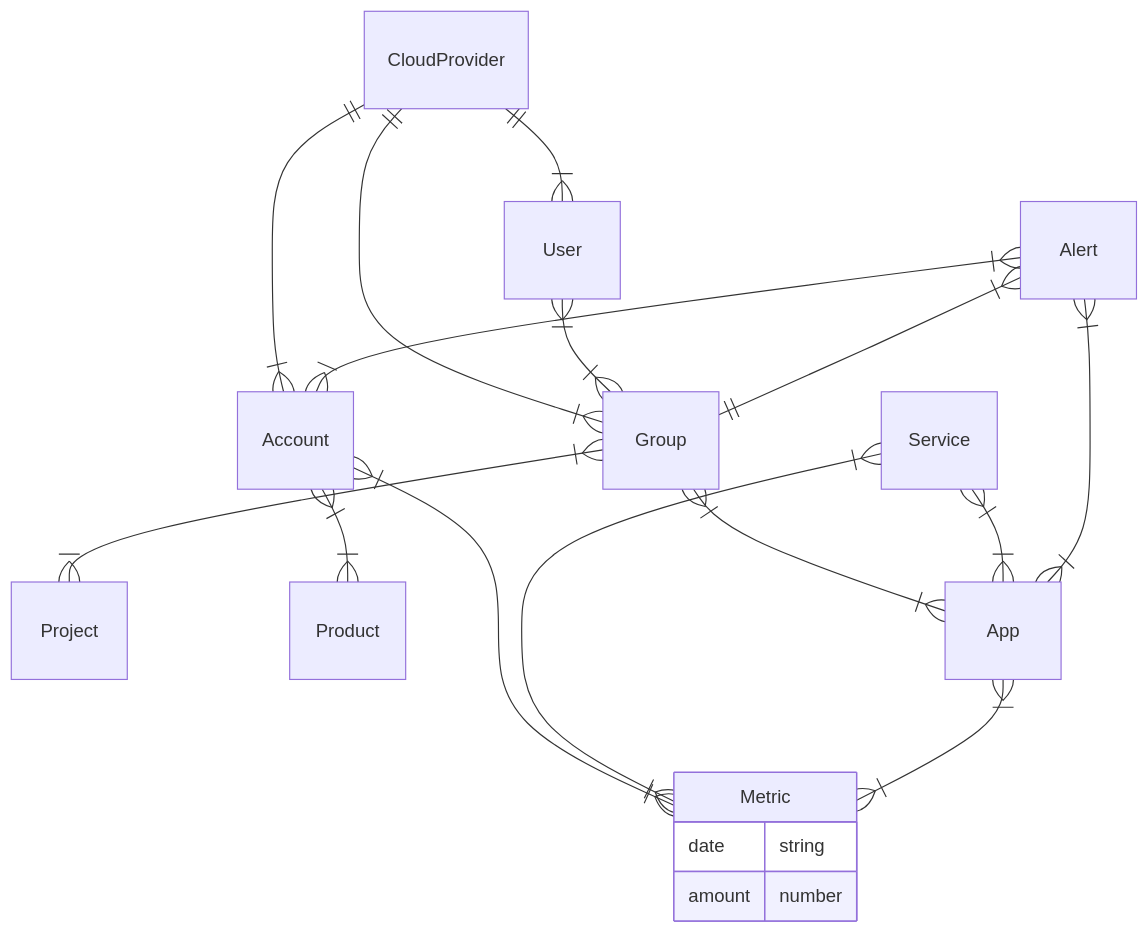
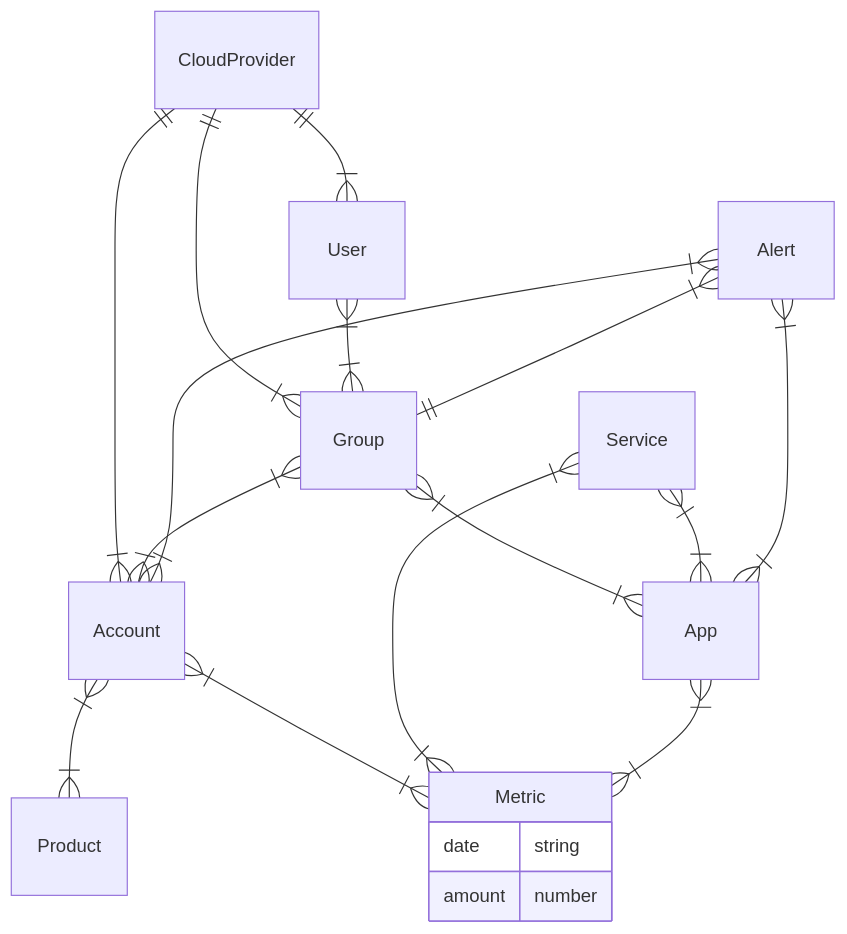
The second of 3 diagrams in docs/index.md (seizadi/cost-insights-backend), drawn with Mermaid before and after one commit.

Commit message:
Fixed error in data model

````diff
--- a/docs/index.md
+++ b/docs/index.md
@@ -67,21 +67,21 @@
 ```mermaid
 erDiagram
     Metric {
         date string
         amount number
     }
     CloudProvider ||--|{ User : ""
     CloudProvider ||--|{ Group : ""
     CloudProvider ||--|{ Account : ""
     User }|--|{ Group : ""
-    Group }|--|{ Project : ""    
+    Group }|--|{ Account : ""    
     Account }|--|{ Product : ""
     Account }|--|{ Metric : ""
     Service }|--|{ Metric : ""
     App }|--|{ Metric : ""
     Alert }|--|{ Account : ""
     Alert }|--|| Group : ""
     Group }|--|{ App : ""
     Service }|--|{ App : ""
     Alert }|--|{ App : ""
 ```
````
